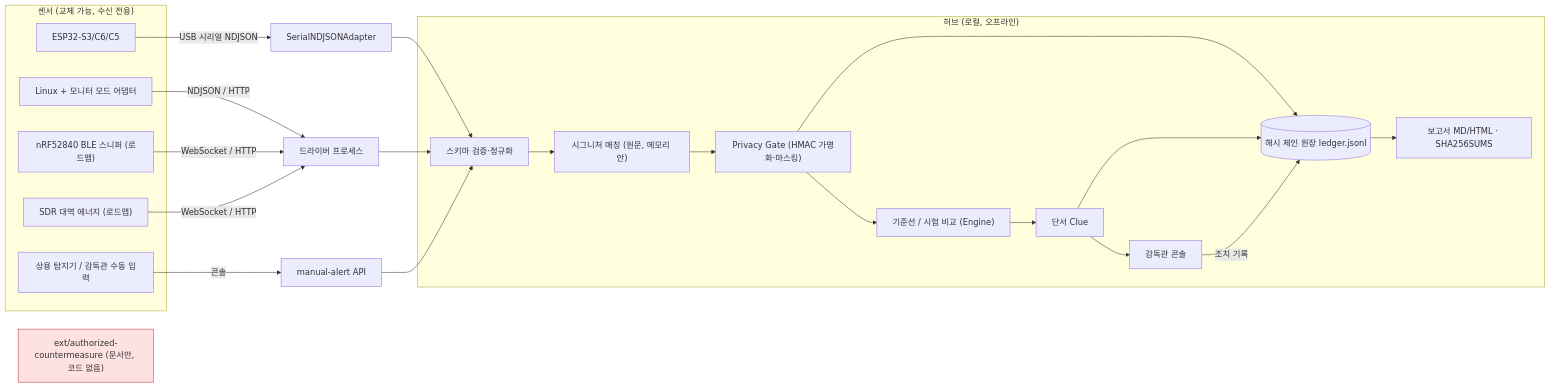
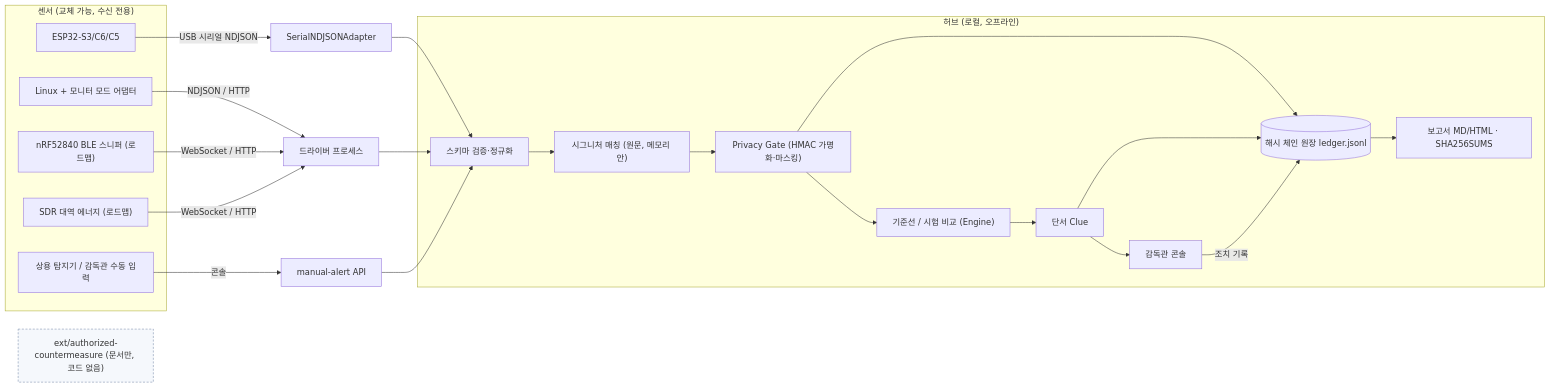
One commit to eduoneq/exam-uncheat changed the diagram in docs/ARCHITECTURE.md. Above: the diagram before and after it, drawn with Mermaid. The commit also changed other lines of this file and 34 other files, not shown here.

````diff
--- a/docs/ARCHITECTURE.md
+++ b/docs/ARCHITECTURE.md
@@ -3,26 +3,26 @@
 ```mermaid
 flowchart LR
   subgraph Sensors["센서 (교체 가능, 수신 전용)"]
     E1["ESP32-S3/C6/C5"]
     E2["Linux + 모니터 모드 어댑터"]
     E3["nRF52840 BLE 스니퍼 (로드맵)"]
     E4["SDR 대역 에너지 (로드맵)"]
     E5["상용 탐지기 / 감독관 수동 입력"]
   end
   E1 -->|USB 시리얼 NDJSON| A1["SerialNDJSONAdapter"]
   E2 -->|NDJSON / HTTP| A2["드라이버 프로세스"]
   E3 & E4 -->|WebSocket / HTTP| A2
   E5 -->|콘솔| A3["manual-alert API"]
   subgraph Hub["허브 (로컬, 오프라인)"]
     V["스키마 검증·정규화"] --> S["시그니처 매칭 (원문, 메모리 안)"] --> P["Privacy Gate (HMAC 가명화·마스킹)"]
     P --> B["기준선 / 시험 비교 (Engine)"] --> C["단서 Clue"]
     P --> L[("해시 체인 원장 ledger.jsonl")]
     C --> L
     C --> W["감독관 콘솔"]
     W -->|조치 기록| L
     L --> R["보고서 MD/HTML · SHA256SUMS"]
   end
   A1 & A2 & A3 --> V
   X["ext/authorized-countermeasure (문서만, 코드 없음)"]:::warn
-  classDef warn fill:#fde2e1,stroke:#c0392b;
+  classDef warn fill:#f5f8fc,stroke:#7286a6,stroke-dasharray:4 3;
 ```
````
